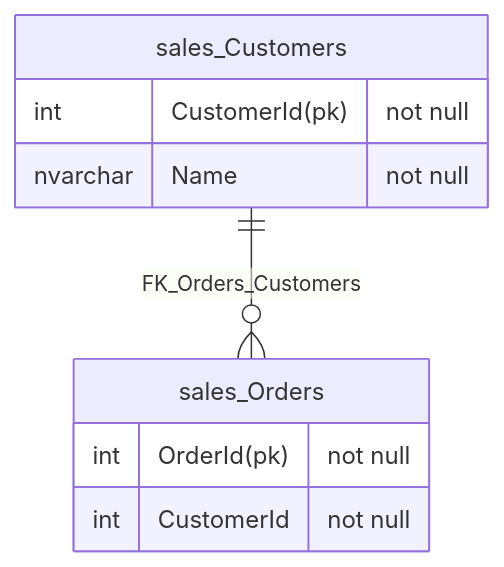
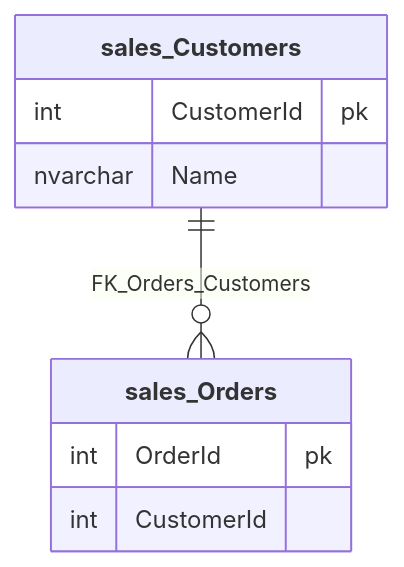
Before and after one commit to SimonCropp/DbToMermaid: the diagram in src/EfToMermaid.Tests/Tests.WithSchema.verified.md, drawn with Mermaid. The commit also changed 41 other files, not shown here.

````diff
--- a/src/EfToMermaid.Tests/Tests.WithSchema.verified.md
+++ b/src/EfToMermaid.Tests/Tests.WithSchema.verified.md
@@ -2,12 +2,12 @@
 ```mermaid
 erDiagram
-  sales_Customers {
-    int CustomerId(pk) "not null"
-    nvarchar Name "not null"
+  sales_Customers["**sales_Customers**"] {
+    int CustomerId pk
+    nvarchar Name
   }
-  sales_Orders {
-    int OrderId(pk) "not null"
-    int CustomerId "not null"
+  sales_Orders["**sales_Orders**"] {
+    int OrderId pk
+    int CustomerId
   }
   sales_Customers ||--o{ sales_Orders : "FK_Orders_Customers"
 ```
````
